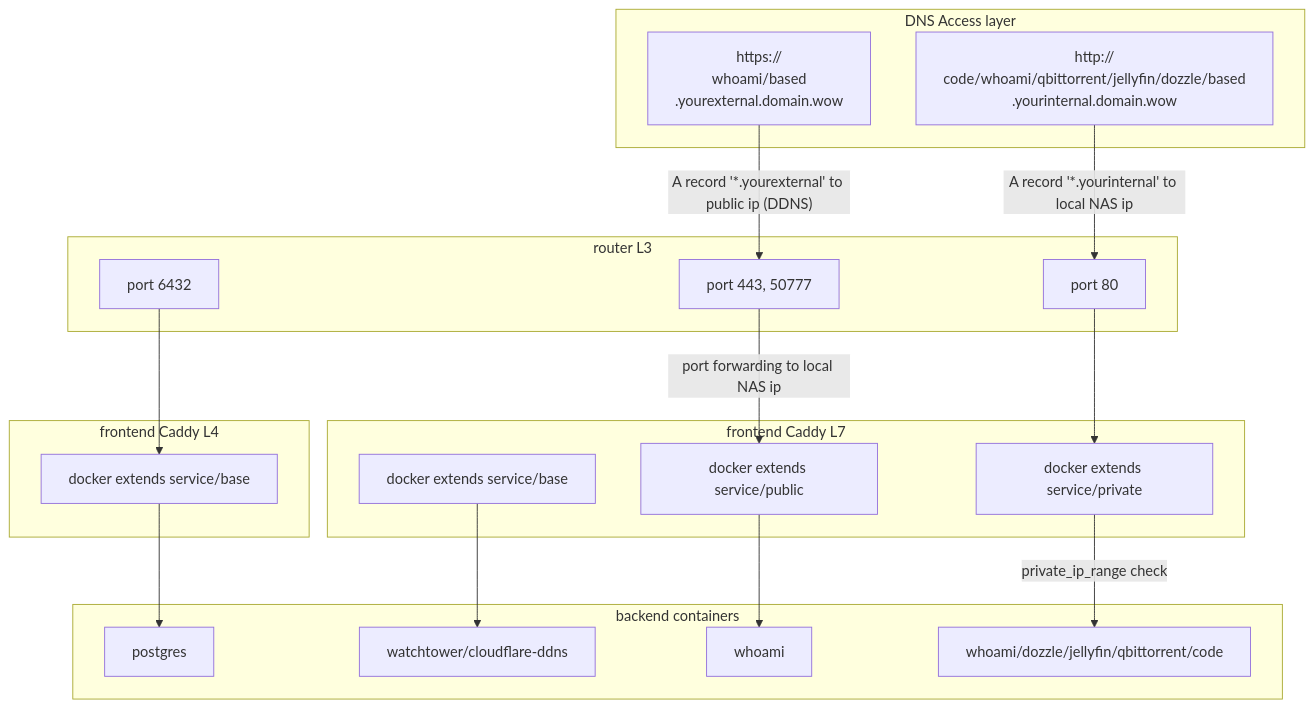
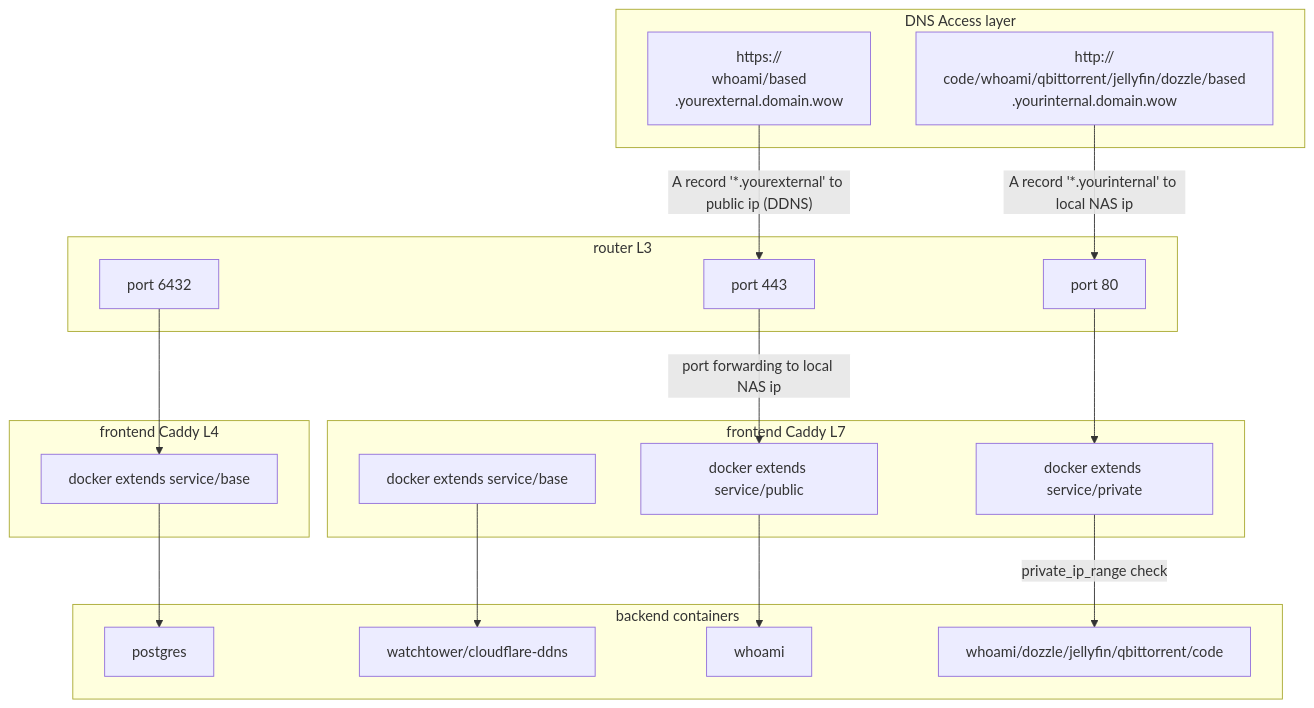
The diagram in README.md (erwinkramer/synology-nas-bootstrapper), drawn with Mermaid before and after one commit.

Commit message:
simplify

````diff
--- a/README.md
+++ b/README.md
@@ -14,48 +14,48 @@
 ```mermaid
 flowchart TD
 
 subgraph access[DNS Access layer]
 privateservices[http://
 code/whoami/qbittorrent/jellyfin/dozzle/based
 .yourinternal.domain.wow
 ]
 externalservices[https://
 whoami/based
 .yourexternal.domain.wow
 ]
 end
 
 subgraph router L3
 6432[port 6432]
 80[port 80]
-forwardedports[port 443, 50777]
+443[port 443]
 end
 
 subgraph cr7[frontend Caddy L7]
 extendspe[docker extends service/private]
 extendspub[docker extends service/public]
 
 extendscr7[docker extends service/base]
 end
 
 subgraph cr4[frontend Caddy L4]
 extendscr4[docker extends service/base]
 end
 
 subgraph cm[backend containers]
 postgres
 int[watchtower/cloudflare-ddns]
 ext[whoami]
 prv[whoami/dozzle/jellyfin/qbittorrent/code]
 end
 
 privateservices -- A record '*.yourinternal' to local NAS ip  --> 80 --> extendspe
 
 6432 --> extendscr4
-externalservices -- A record '*.yourexternal' to public ip (DDNS) --> forwardedports -- port forwarding to local NAS ip --> extendspub
+externalservices -- A record '*.yourexternal' to public ip (DDNS) --> 443 -- port forwarding to local NAS ip --> extendspub
 extendscr7 --> int
 extendscr4 --> postgres
 
 extendspub --> ext
 extendspe -- private_ip_range check -->prv
 ```
````
